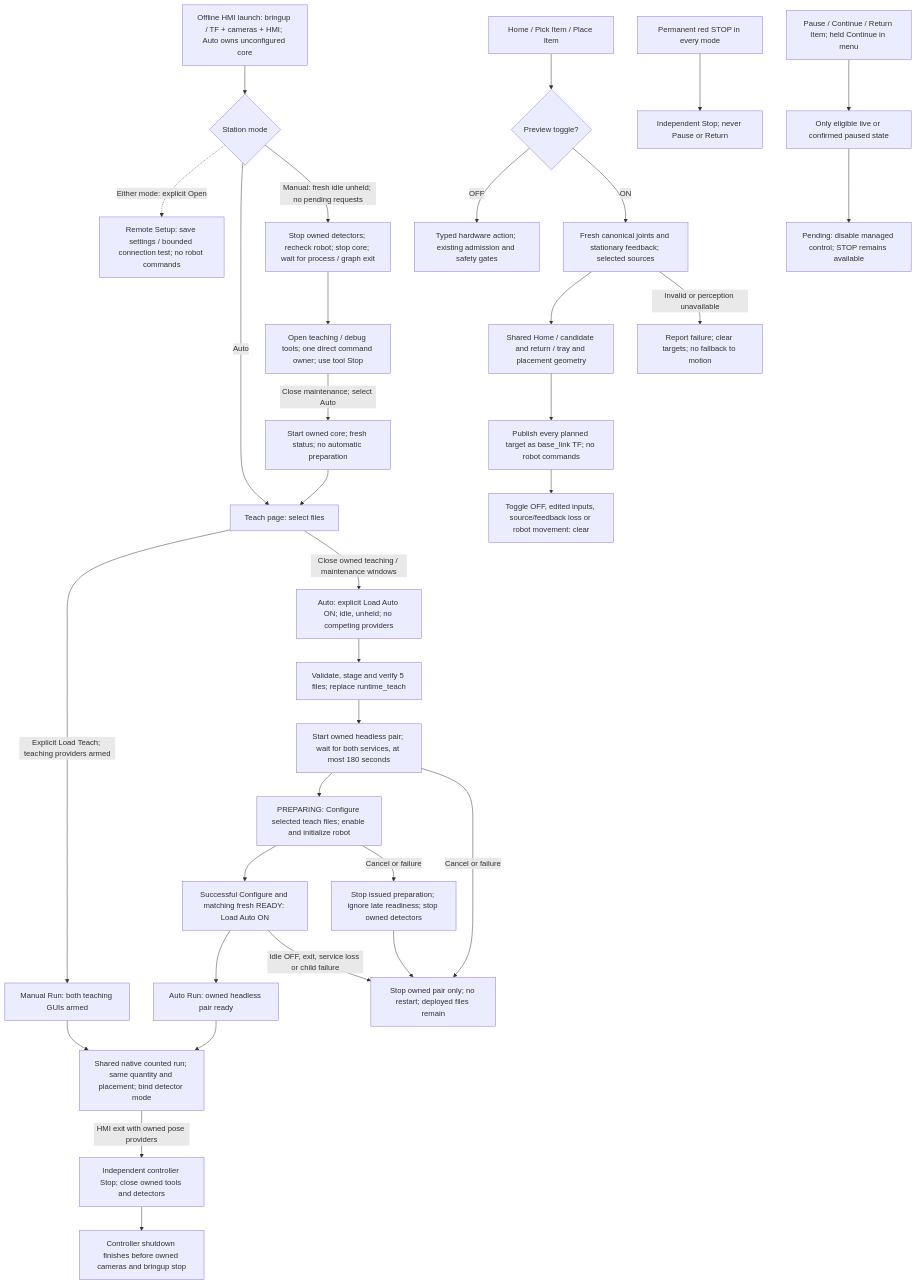
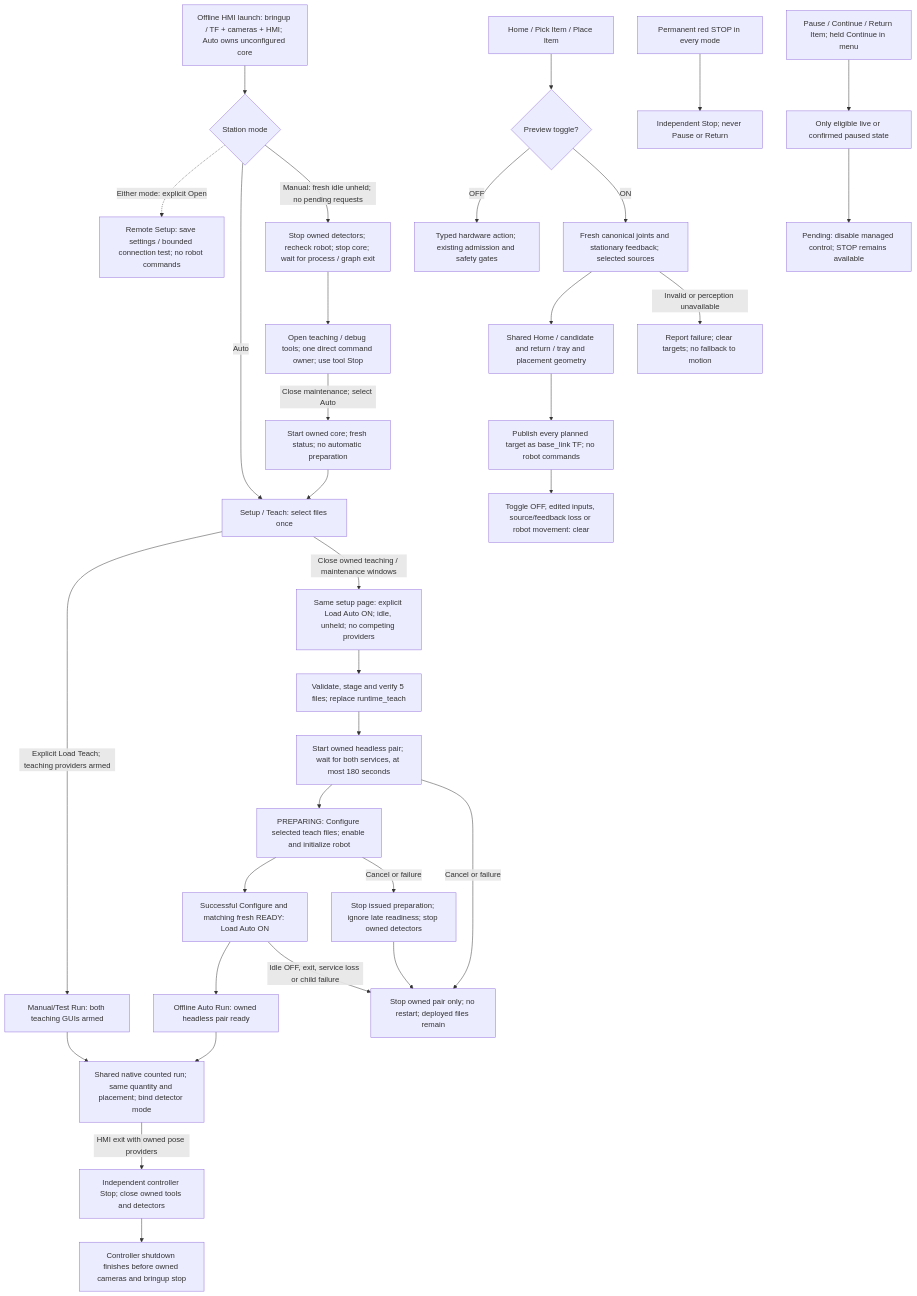
The first of 9 diagrams in docs/ROBOT_CONTROLLER_FSM.md (esgange/dobot_picknplace_yolo), drawn with Mermaid before and after one commit. The commit also changed other lines of this file and 11 other files, not shown here.

````diff
--- a/docs/ROBOT_CONTROLLER_FSM.md
+++ b/docs/ROBOT_CONTROLLER_FSM.md
@@ -1020,35 +1034,35 @@
 ```mermaid
 flowchart TD
     Launch["Offline HMI launch: bringup / TF + cameras + HMI; Auto owns unconfigured core"] --> StationMode{"Station mode"}
     StationMode -.->|Either mode: explicit Open| Remote["Remote Setup: save settings / bounded connection test; no robot commands"]
     StationMode -->|Auto| TeachPage
     StationMode -->|Manual: fresh idle unheld; no pending requests| ReleaseCore["Stop owned detectors; recheck robot; stop core; wait for process / graph exit"]
     ReleaseCore --> Tools["Open teaching / debug tools; one direct command owner; use tool Stop"]
     Tools -->|Close maintenance; select Auto| RestoreCore["Start owned core; fresh status; no automatic preparation"]
     RestoreCore --> TeachPage
-    TeachPage["Teach page: select files"] -->|Explicit Load Teach; teaching providers armed| Manual
-    TeachPage -->|Close owned teaching / maintenance windows| Deploy["Auto: explicit Load Auto ON; idle, unheld; no competing providers"]
+    TeachPage["Setup / Teach: select files once"] -->|Explicit Load Teach; teaching providers armed| Manual
+    TeachPage -->|Close owned teaching / maintenance windows| Deploy["Same setup page: explicit Load Auto ON; idle, unheld; no competing providers"]
     Deploy --> Copy["Validate, stage and verify 5 files; replace runtime_teach"]
     Copy --> Detect["Start owned headless pair; wait for both services, at most 180 seconds"]
     Detect --> Prepare["PREPARING: Configure selected teach files; enable and initialize robot"]
     Prepare --> Loaded["Successful Configure and matching fresh READY: Load Auto ON"]
-    Loaded --> Auto["Auto Run: owned headless pair ready"]
-    Manual["Manual Run: both teaching GUIs armed"] --> Run["Shared native counted run; same quantity and placement; bind detector mode"]
+    Loaded --> Auto["Offline Auto Run: owned headless pair ready"]
+    Manual["Manual/Test Run: both teaching GUIs armed"] --> Run["Shared native counted run; same quantity and placement; bind detector mode"]
     Auto --> Run
     Run -->|HMI exit with owned pose providers| HmiExit["Independent controller Stop; close owned tools and detectors"]
     HmiExit --> StationExit["Controller shutdown finishes before owned cameras and bringup stop"]
     Loaded -->|Idle OFF, exit, service loss or child failure| End["Stop owned pair only; no restart; deployed files remain"]
     Detect -->|Cancel or failure| End
     Prepare -->|Cancel or failure| CancelPrepare["Stop issued preparation; ignore late readiness; stop owned detectors"]
     CancelPrepare --> End
     Buttons["Home / Pick Item / Place Item"] --> Mode{"Preview toggle?"}
     Mode -->|OFF| Action["Typed hardware action; existing admission and safety gates"]
     Mode -->|ON| Inputs["Fresh canonical joints and stationary feedback; selected sources"]
     Inputs --> Plan["Shared Home / candidate and return / tray and placement geometry"]
     Plan --> TF["Publish every planned target as base_link TF; no robot commands"]
     TF --> Clear["Toggle OFF, edited inputs, source/feedback loss or robot movement: clear"]
     Inputs -->|Invalid or perception unavailable| Failed["Report failure; clear targets; no fallback to motion"]
     Stop["Permanent red STOP in every mode"] --> Direct["Independent Stop; never Pause or Return"]
     Managed["Pause / Continue / Return Item; held Continue in menu"] --> Guard["Only eligible live or confirmed paused state"]
     Guard --> Pending["Pending: disable managed control; STOP remains available"]
 ```
````
